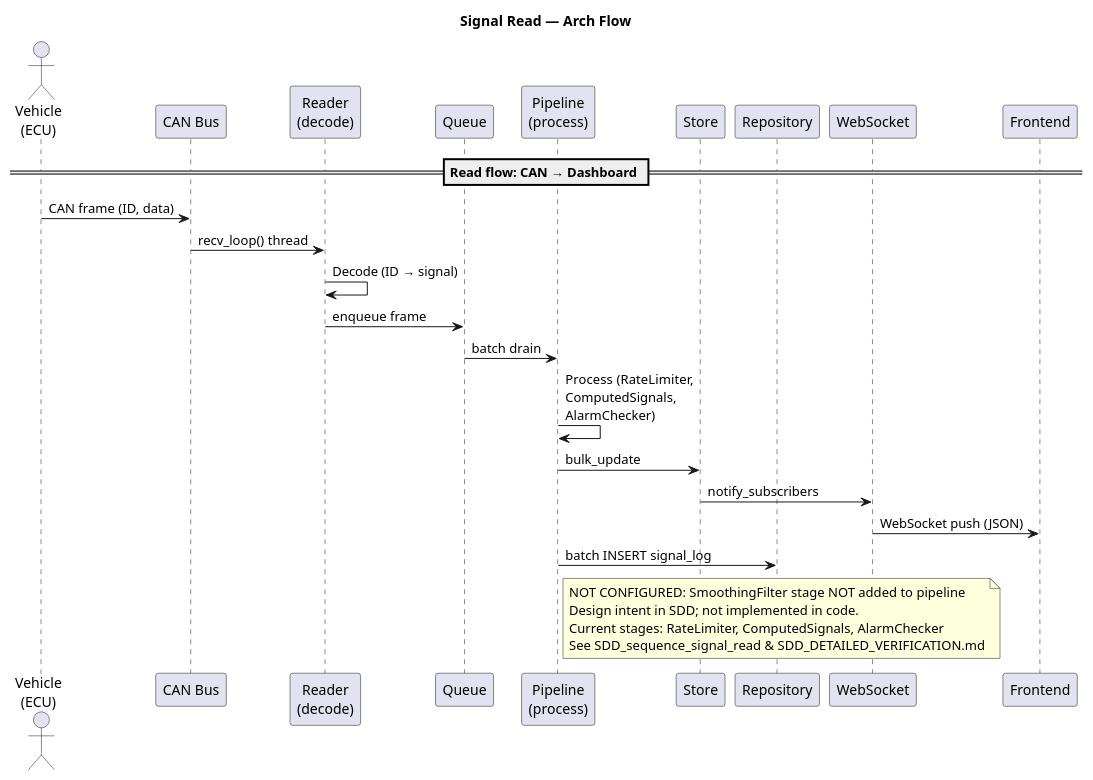
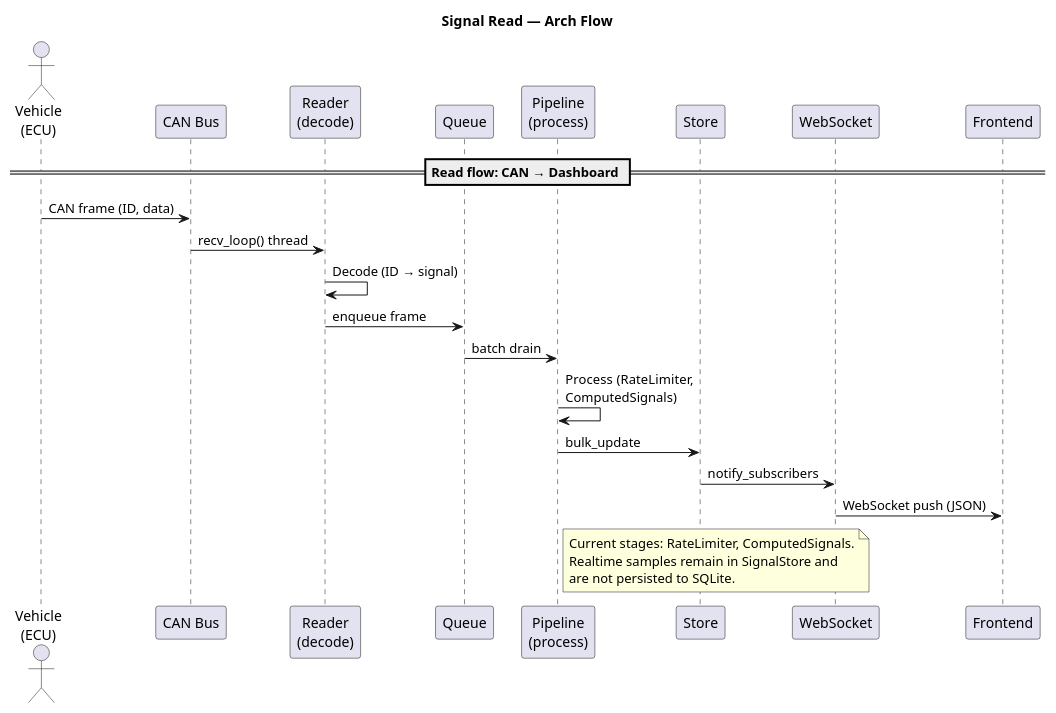
Before and after one commit to 3tdn/car-hmi: the diagram in diagram/SAD/SAD_sequence_signal_read.puml, drawn with PlantUML. The commit also changed 58 other files, not shown here.

```diff
--- a/diagram/SAD/SAD_sequence_signal_read.puml
+++ b/diagram/SAD/SAD_sequence_signal_read.puml
@@ -1,34 +1,30 @@
 @startuml
 title Signal Read — Arch Flow
 
 actor "Vehicle\n(ECU)" as Vehicle
 participant "CAN Bus" as Bus
 participant "Reader\n(decode)" as Reader
 participant "Queue" as Queue
 participant "Pipeline\n(process)" as Pipeline
 participant "Store" as Store
-participant "Repository" as Repo
 participant "WebSocket" as WS
 participant "Frontend" as Frontend
 
 == Read flow: CAN → Dashboard ==
 Vehicle -> Bus : CAN frame (ID, data)
 Bus -> Reader : recv_loop() thread
 Reader -> Reader : Decode (ID → signal)
 Reader -> Queue : enqueue frame
 Queue -> Pipeline : batch drain
-Pipeline -> Pipeline : Process (RateLimiter,\nComputedSignals,\nAlarmChecker)
+Pipeline -> Pipeline : Process (RateLimiter,\nComputedSignals)
 Pipeline -> Store : bulk_update
 Store -> WS : notify_subscribers
 WS -> Frontend : WebSocket push (JSON)
 
-Pipeline -> Repo : batch INSERT signal_log
-
 note right of Pipeline
-  NOT CONFIGURED: SmoothingFilter stage NOT added to pipeline
-  Design intent in SDD; not implemented in code.
-  Current stages: RateLimiter, ComputedSignals, AlarmChecker
-  See SDD_sequence_signal_read & SDD_DETAILED_VERIFICATION.md
+  Current stages: RateLimiter, ComputedSignals.
+  Realtime samples remain in SignalStore and
+  are not persisted to SQLite.
 end note
 
 @enduml
```
